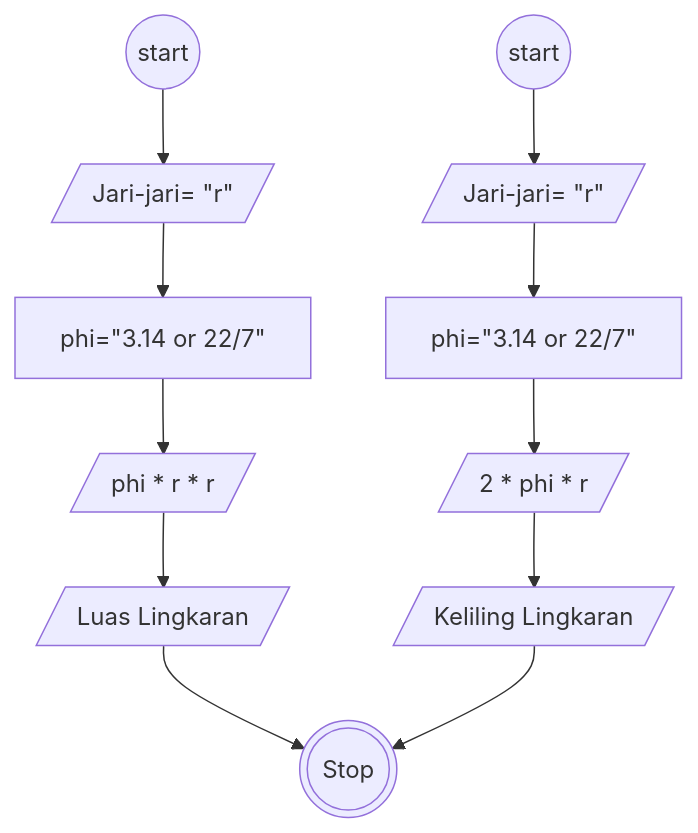
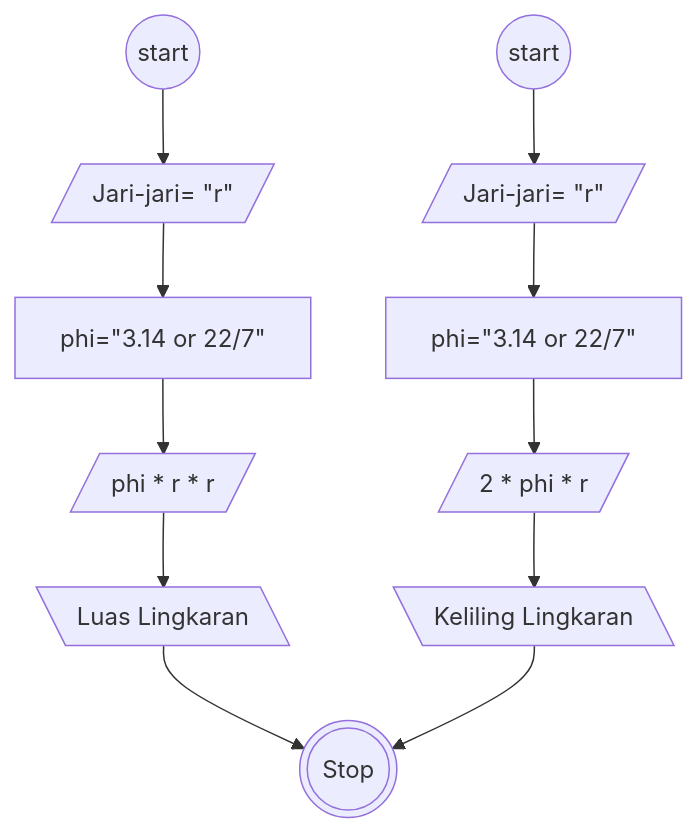
The diagram in luas-dan-keliling.md (MuhammadWahyuPratama/koda-b8-algoritma), drawn with Mermaid before and after one commit.

````diff
--- a/luas-dan-keliling.md
+++ b/luas-dan-keliling.md
@@ -22,24 +22,24 @@
 ```mermaid
 flowchart TD
 a@{shape: circle, label : "start"}
 b@{shape: lean-r, label : Jari-jari= "r"}
 c@{shape: rect, label : phi="3.14 or 22/7"}
 d@{shape: lean-r , label: phi * r * r}
-e@{shape: lean-r , label: "Luas Lingkaran"}
+e@{shape: lean-l , label: "Luas Lingkaran"}
 
 
 
 h@{shape: circle, label : "start"}
 i@{shape: lean-r, label : Jari-jari= "r"}
 j@{shape: rect, label : phi="3.14 or 22/7"}
 k@{shape: lean-r , label: "2 * phi * r"}
-l@{shape: lean-r , label: "Keliling Lingkaran"}
+l@{shape: lean-l , label: "Keliling Lingkaran"}
 
 m@{shape: dbl-circ, label: "Stop"}
 a-->b-->c-->d-->e
 
 h-->i-->j-->k-->l
 
 e-->m
 l-->m
 ```
````
